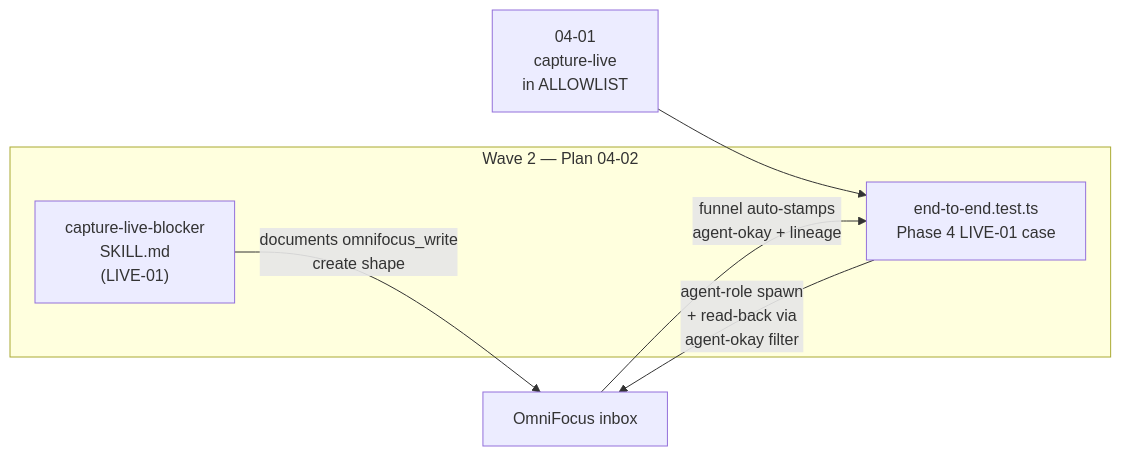
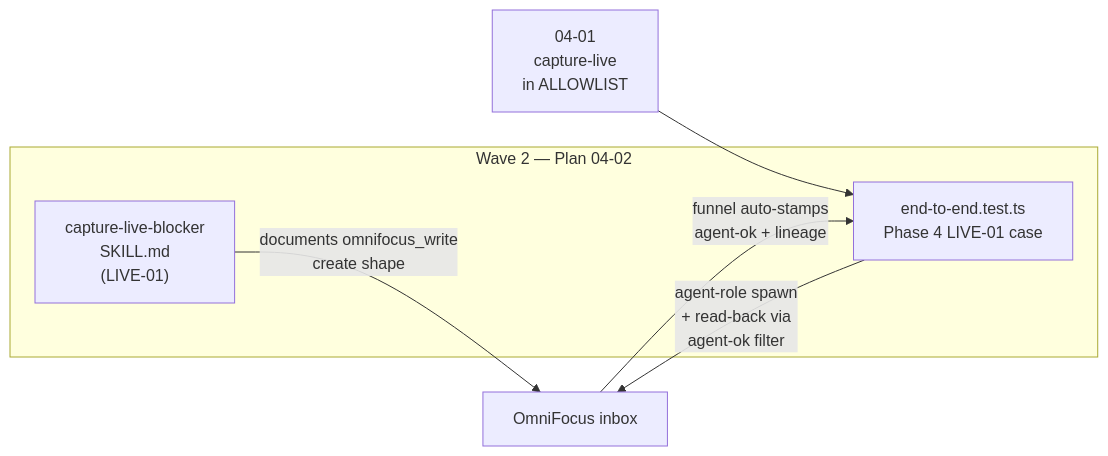
Before and after one commit to JesKingDev/omnifocus-mcp: the diagram in .planning/phases/04-review-loops-live-auto-capture/04-02-SUMMARY.md, drawn with Mermaid. The commit also changed other lines of this file and 67 other files, not shown here.

First line of the commit message:
refactor: standardize tag name agent-okay → agent-ok

````diff
--- a/.planning/phases/04-review-loops-live-auto-capture/04-02-SUMMARY.md
+++ b/.planning/phases/04-review-loops-live-auto-capture/04-02-SUMMARY.md
@@ -39,11 +39,11 @@
 ```mermaid
 flowchart LR
     subgraph wave2["Wave 2 — Plan 04-02"]
         SK["capture-live-blocker\nSKILL.md\n(LIVE-01)"]
         IT["end-to-end.test.ts\nPhase 4 LIVE-01 case"]
     end
     AL["04-01\ncapture-live\nin ALLOWLIST"] --> IT
     SK -->|"documents omnifocus_write\ncreate shape"| OF["OmniFocus inbox"]
-    IT -->|"agent-role spawn\n+ read-back via\nagent-okay filter"| OF
-    OF -->|"funnel auto-stamps\nagent-okay + lineage"| IT
+    IT -->|"agent-role spawn\n+ read-back via\nagent-ok filter"| OF
+    OF -->|"funnel auto-stamps\nagent-ok + lineage"| IT
 ```
````
